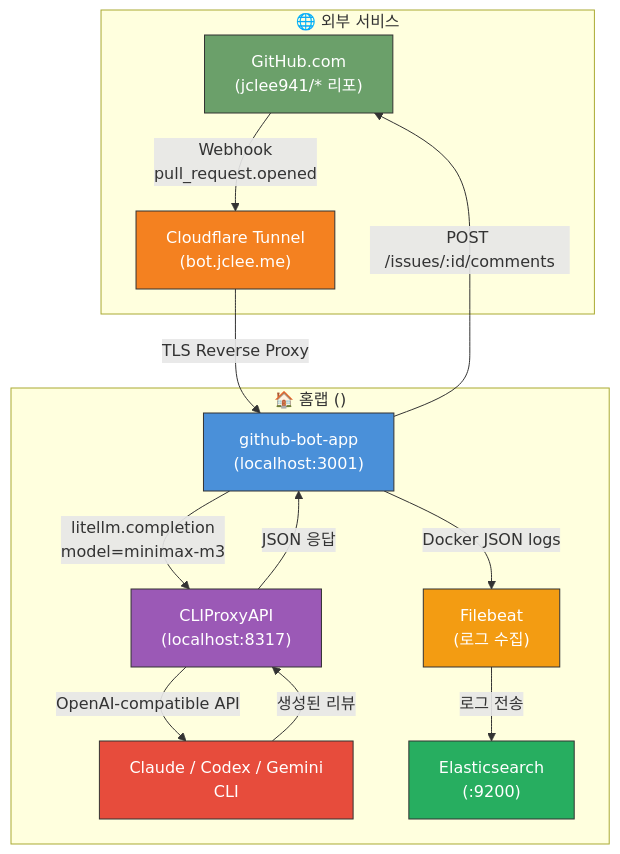
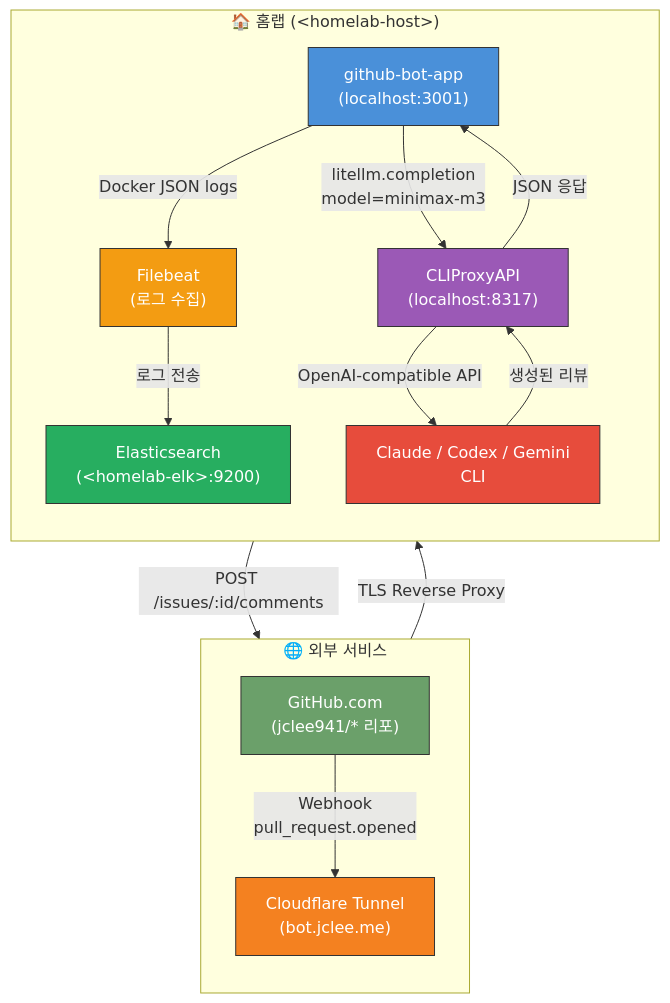
The first of 9 diagrams in docs/architecture.md (jclee941/.github), drawn with Mermaid before and after one commit. The commit also changed other lines of this file and 3 other files, not shown here.

Commit message:
fix(docs): avoid raw architecture flowcharts

````diff
--- a/docs/architecture.md
+++ b/docs/architecture.md
@@ -10,33 +10,35 @@
 ```mermaid
 flowchart TB
     subgraph 외부_서비스["🌐 외부 서비스"]
+        direction TB
         GH["GitHub.com<br/>(jclee941/* 리포)"]
         CF["Cloudflare Tunnel<br/>(bot.jclee.me)"]
     end
 
-    subgraph 홈랩["🏠 홈랩 (<homelab-host>)"]
+    subgraph 홈랩["🏠 홈랩 (&lt;homelab-host&gt;)"]
+        direction TB
         WEB["github-bot-app<br/>(localhost:3001)"]
         PROXY["CLIProxyAPI<br/>(localhost:8317)"]
         LLM["Claude / Codex / Gemini<br/>CLI"]
         FB["Filebeat<br/>(로그 수집)"]
-        ES["Elasticsearch<br/>(<homelab-elk>:9200)"]
+        ES["Elasticsearch<br/>(&lt;homelab-elk&gt;:9200)"]
     end
 
     GH -->|"Webhook<br/>pull_request.opened"| CF
     CF -->|"TLS Reverse Proxy"| WEB
     WEB -->|"litellm.completion<br/>model=minimax-m3"| PROXY
     WEB -->|"Docker JSON logs"| FB
     FB -->|"로그 전송"| ES
     PROXY -->|"OpenAI-compatible API"| LLM
     LLM -->|"생성된 리뷰"| PROXY
     PROXY -->|"JSON 응답"| WEB
     WEB -->|"POST /issues/:id/comments"| GH
 
     style GH fill:#6ba06a,stroke:#333,color:#fff
     style CF fill:#f48120,stroke:#333,color:#fff
     style WEB fill:#4a90d9,stroke:#333,color:#fff
     style PROXY fill:#9b59b6,stroke:#333,color:#fff
     style LLM fill:#e74c3c,stroke:#333,color:#fff
     style FB fill:#f39c12,stroke:#333,color:#fff
     style ES fill:#27ae60,stroke:#333,color:#fff
 ```
````
